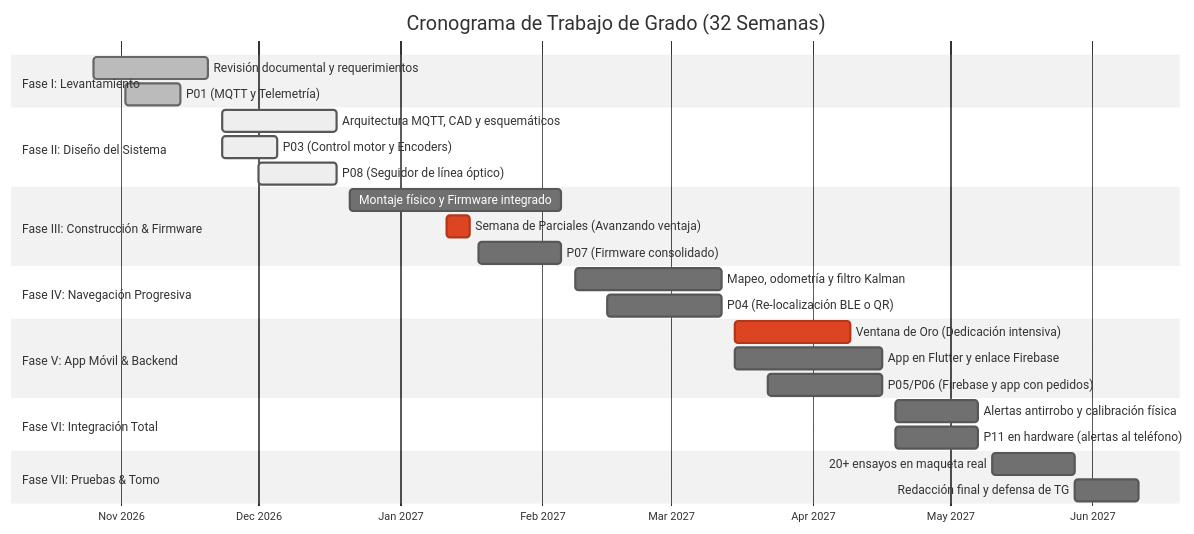
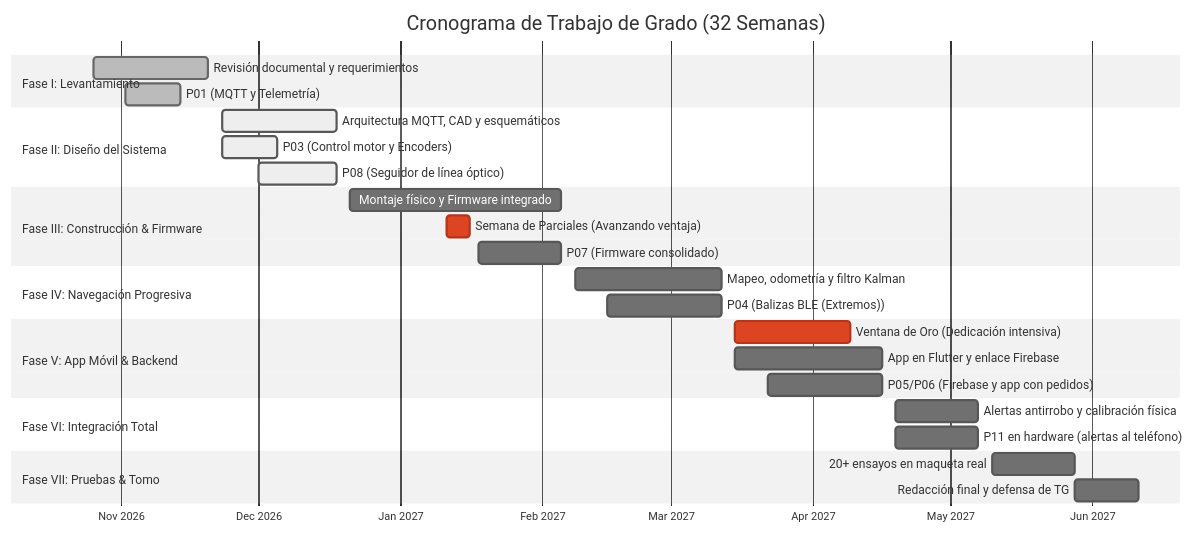
The diagram in PLAN.md (ilianavsc/tg-robot-ucab), drawn with Mermaid (neutral theme) before and after one commit. The commit also changed other lines of this file and 4 other files, not shown here.

Commit message:
docs: actualiza referencias antiguas de BLE o QR a Balizas BLE (Extremos)

````diff
--- a/PLAN.md
+++ b/PLAN.md
@@ -13,37 +13,37 @@
 ```mermaid
 gantt
     title Cronograma de Trabajo de Grado (32 Semanas)
     dateFormat  YYYY-MM-DD
     axisFormat  %b %Y
 
     section Fase I: Levantamiento
     Revisión documental y requerimientos      :done, f1, 2026-10-26, 2026-11-20
     P01 (MQTT y Telemetría)                   :done, p01, 2026-11-02, 2026-11-14
 
     section Fase II: Diseño del Sistema
     Arquitectura MQTT, CAD y esquemáticos     :active, f2, 2026-11-23, 2026-12-18
     P03 (Control motor y Encoders)            :active, p03, 2026-11-23, 2026-12-05
     P08 (Seguidor de línea óptico)            :active, p08, 2026-12-01, 2026-12-18
 
     section Fase III: Construcción & Firmware
     Montaje físico y Firmware integrado       :f3, 2026-12-21, 2027-02-05
     Semana de Parciales (Avanzando ventaja)   :crit, sem_extra, 2027-01-11, 2027-01-16
     P07 (Firmware consolidado)                :p07, 2027-01-18, 2027-02-05
 
     section Fase IV: Navegación Progresiva
     Mapeo, odometría y filtro Kalman          :f4, 2027-02-08, 2027-03-12
-    P04 (Re-localización BLE o QR)            :p04, 2027-02-15, 2027-03-12
+    P04 (Balizas BLE (Extremos))            :p04, 2027-02-15, 2027-03-12
 
     section Fase V: App Móvil & Backend
     Ventana de Oro (Dedicación intensiva)     :crit, v_oro, 2027-03-15, 2027-04-09
     App en Flutter y enlace Firebase          :f5, 2027-03-15, 2027-04-16
     P05/P06 (Firebase y app con pedidos)      :p06, 2027-03-22, 2027-04-16
 
     section Fase VI: Integración Total
     Alertas antirrobo y calibración física    :f6, 2027-04-19, 2027-05-07
     P11 en hardware (alertas al teléfono)     :p11, 2027-04-19, 2027-05-07
 
     section Fase VII: Pruebas & Tomo
     20+ ensayos en maqueta real               :f7, 2027-05-10, 2027-05-28
     Redacción final y defensa de TG           :f7_defensa, 2027-05-28, 2027-06-11
 ```
````
